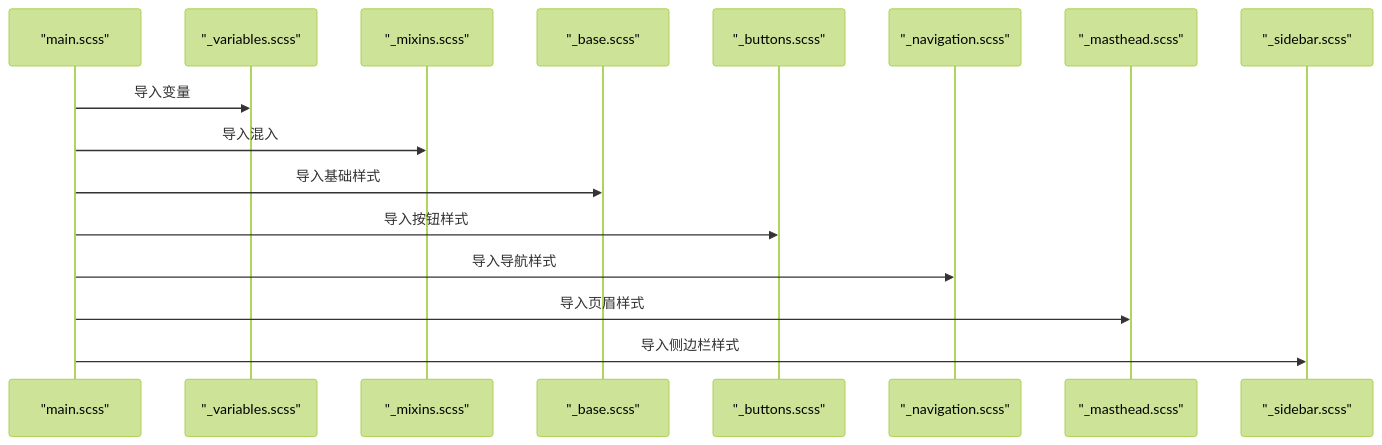
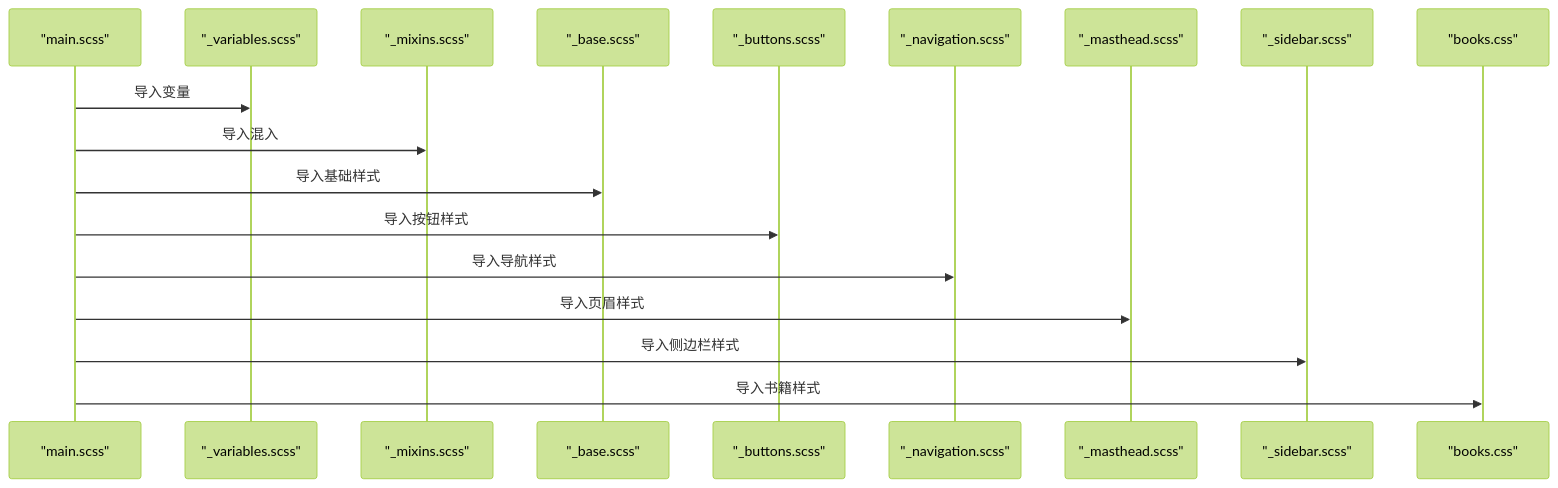
The second of 3 diagrams in .qoder/repowiki/zh/content/主题定制/样式定制.md (pizicaiman/pizicaiman.github.io), drawn with Mermaid (forest theme) before and after one commit. The commit also changed other lines of this file and 24 other files, not shown here.

````diff
--- a/.qoder/repowiki/zh/content/主题定制/样式定制.md
+++ b/.qoder/repowiki/zh/content/主题定制/样式定制.md
@@ -77,18 +95,20 @@
 ```mermaid
 sequenceDiagram
 participant Entry as "main.scss"
 participant Vars as "_variables.scss"
 participant Mix as "_mixins.scss"
 participant Base as "_base.scss"
 participant Btn as "_buttons.scss"
 participant Nav as "_navigation.scss"
 participant Head as "_masthead.scss"
 participant Side as "_sidebar.scss"
+participant Books as "books.css"
 Entry->>Vars : 导入变量
 Entry->>Mix : 导入混入
 Entry->>Base : 导入基础样式
 Entry->>Btn : 导入按钮样式
 Entry->>Nav : 导入导航样式
 Entry->>Head : 导入页眉样式
 Entry->>Side : 导入侧边栏样式
+Entry->>Books : 导入书籍样式
 ```
````
